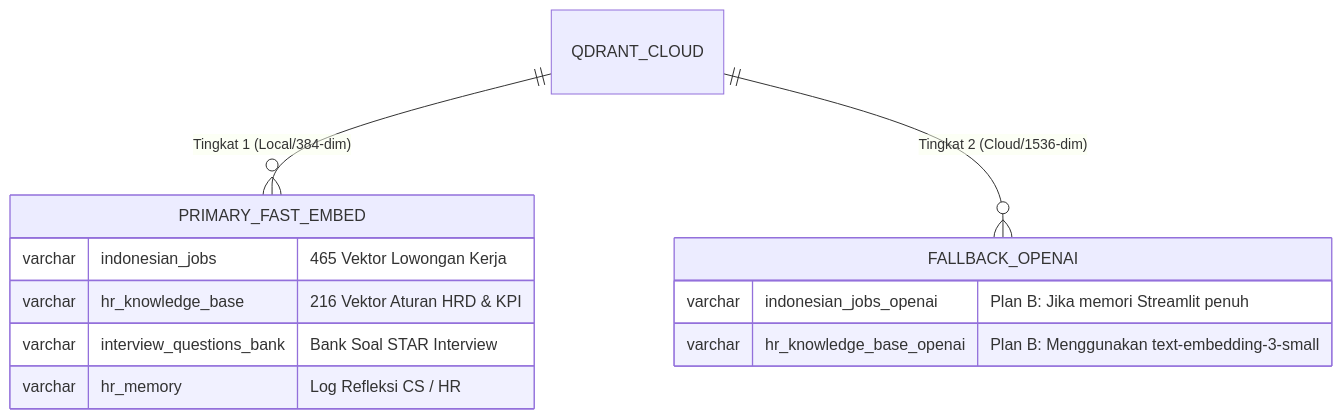
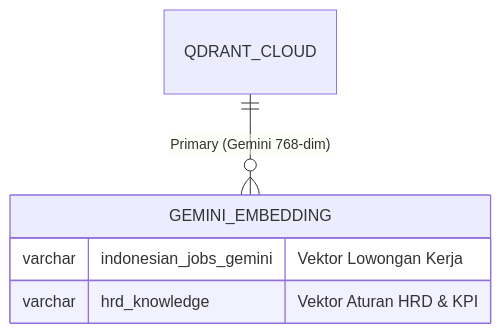
One commit to indri007/sweet-align-hub changed the second of 2 diagrams in ERD_JobMatch_AI.md. Above: the diagram before and after it, drawn with Mermaid. The commit also changed other lines of this file, not shown here.

Commit message:
docs: sync ERD with actual database and vector collections

````diff
--- a/ERD_JobMatch_AI.md
+++ b/ERD_JobMatch_AI.md
@@ -73,17 +40,9 @@
 ```mermaid
 erDiagram
-    QDRANT_CLOUD ||--o{ PRIMARY_FAST_EMBED : "Tingkat 1 (Local/384-dim)"
-    QDRANT_CLOUD ||--o{ FALLBACK_OPENAI : "Tingkat 2 (Cloud/1536-dim)"
+    QDRANT_CLOUD ||--o{ GEMINI_EMBEDDING : "Primary (Gemini 768-dim)"
 
-    PRIMARY_FAST_EMBED {
-        varchar indonesian_jobs "465 Vektor Lowongan Kerja"
-        varchar hr_knowledge_base "216 Vektor Aturan HRD & KPI"
-        varchar interview_questions_bank "Bank Soal STAR Interview"
-        varchar hr_memory "Log Refleksi CS / HR"
-    }
-
-    FALLBACK_OPENAI {
-        varchar indonesian_jobs_openai "Plan B: Jika memori Streamlit penuh"
-        varchar hr_knowledge_base_openai "Plan B: Menggunakan text-embedding-3-small"
+    GEMINI_EMBEDDING {
+        varchar indonesian_jobs_gemini "Vektor Lowongan Kerja"
+        varchar hrd_knowledge "Vektor Aturan HRD & KPI"
     }
 ```
````
